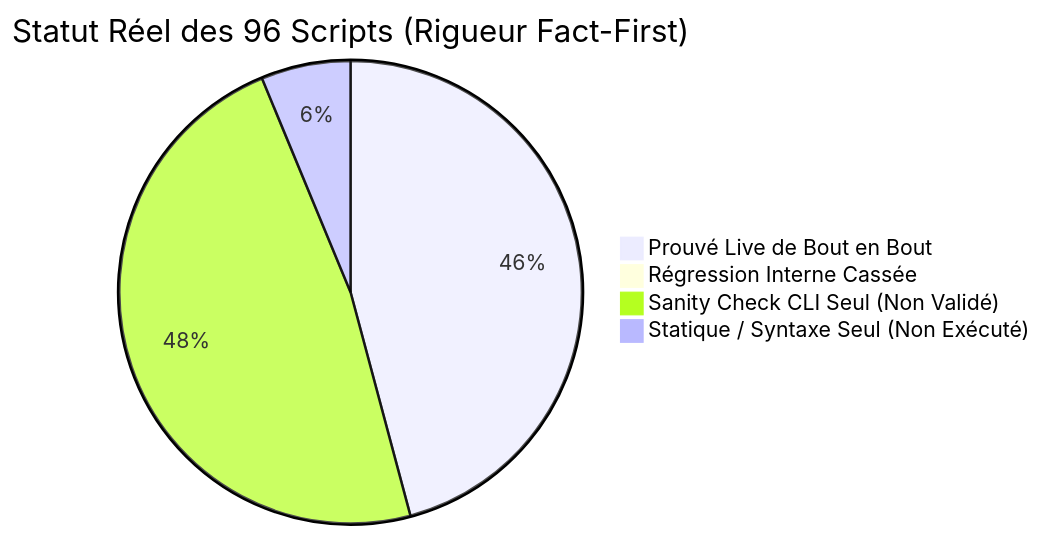
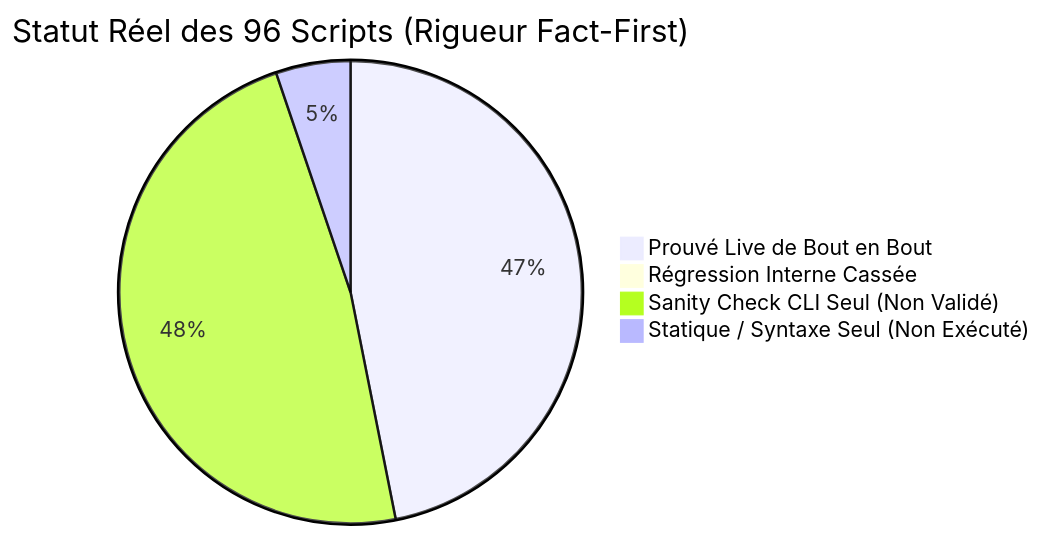
One commit to yoyonel/pydbsrt changed the diagram in docs/reference/2026-11-10-audit-exhaustif-scripts-regressions.md. Above: the diagram before and after it, drawn with Mermaid. The commit also changed other lines of this file and 2 other files, not shown here.

````diff
--- a/docs/reference/2026-11-10-audit-exhaustif-scripts-regressions.md
+++ b/docs/reference/2026-11-10-audit-exhaustif-scripts-regressions.md
@@ -16,7 +16,7 @@
 ```mermaid
 pie title Statut Réel des 96 Scripts (Rigueur Fact-First)
-    "Prouvé Live de Bout en Bout" : 44
+    "Prouvé Live de Bout en Bout" : 45
     "Régression Interne Cassée" : 0
     "Sanity Check CLI Seul (Non Validé)" : 46
-    "Statique / Syntaxe Seul (Non Exécuté)" : 6
+    "Statique / Syntaxe Seul (Non Exécuté)" : 5
 ```
````
